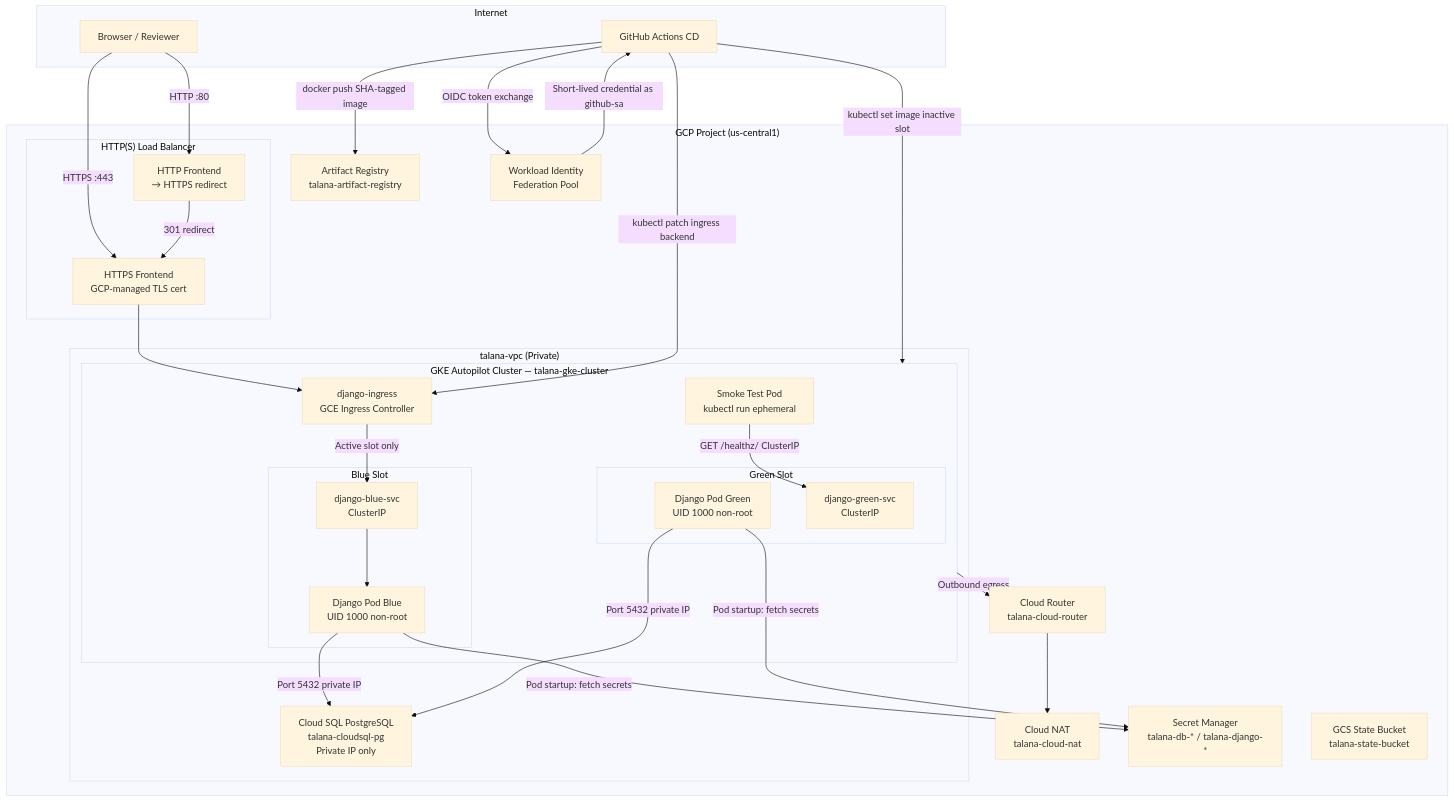
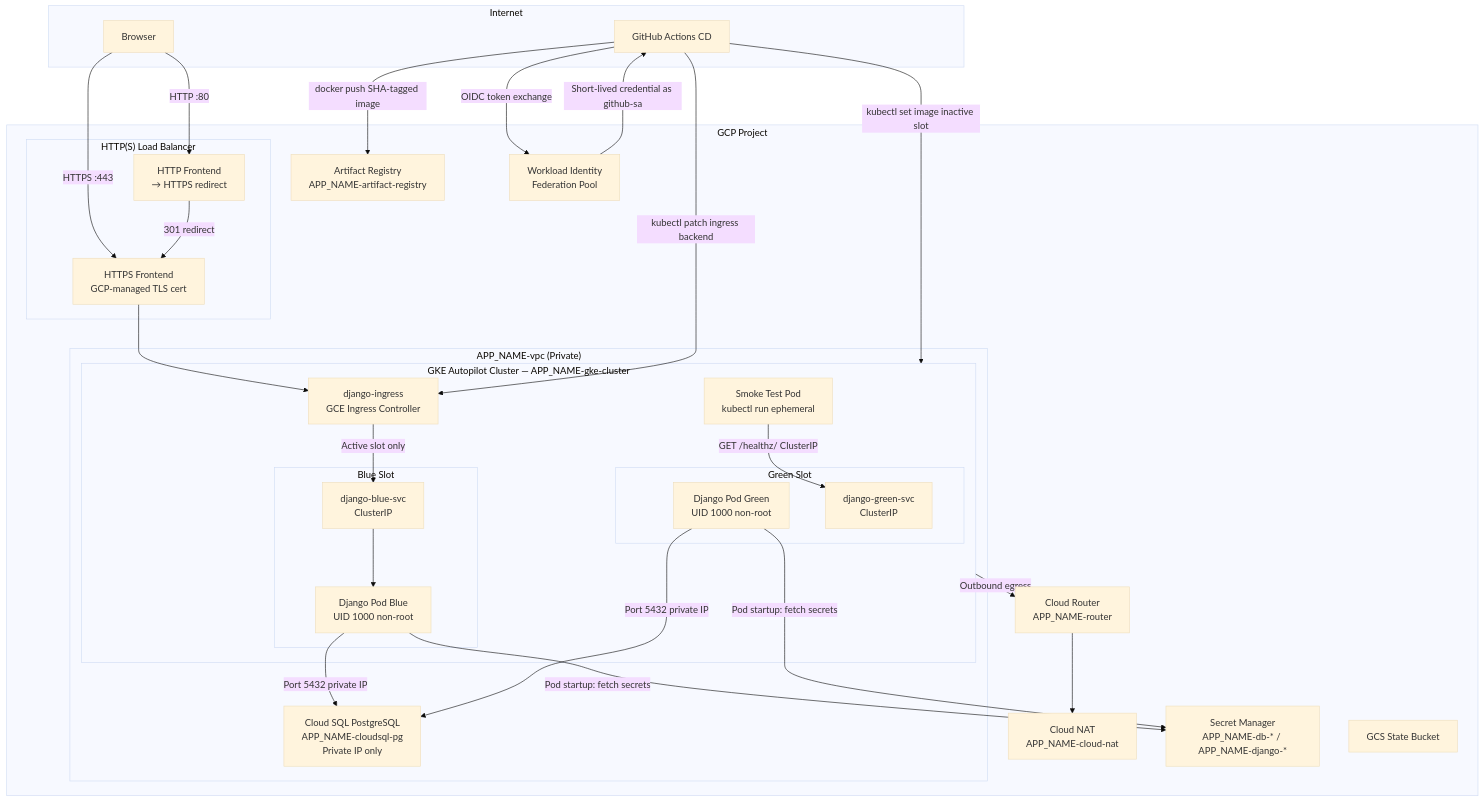
The diagram in docs/architecture.md (nacholar/talana), drawn with Mermaid (base theme) before and after one commit. The commit also changed other lines of this file and 49 other files, not shown here.

First line of the commit message:
refactor: make repo a generic GCP GKE Autopilot platform

````diff
--- a/docs/architecture.md
+++ b/docs/architecture.md
@@ -11,58 +13,58 @@
 ```mermaid
 graph TB
     subgraph Internet
-        Browser[Browser / Reviewer]
+        Browser[Browser]
         GHA[GitHub Actions CD]
     end
 
-    subgraph GCP["GCP Project (us-central1)"]
+    subgraph GCP["GCP Project"]
         subgraph LB["HTTP(S) Load Balancer"]
             LB_HTTPS[HTTPS Frontend<br/>GCP-managed TLS cert]
             LB_HTTP[HTTP Frontend<br/>→ HTTPS redirect]
         end
 
-        subgraph VPC["talana-vpc (Private)"]
-            subgraph GKE["GKE Autopilot Cluster — talana-gke-cluster"]
+        subgraph VPC["APP_NAME-vpc (Private)"]
+            subgraph GKE["GKE Autopilot Cluster — APP_NAME-gke-cluster"]
                 Ingress[django-ingress<br/>GCE Ingress Controller]
                 subgraph BlueSlot["Blue Slot"]
                     SvcBlue[django-blue-svc<br/>ClusterIP]
                     PodBlue[Django Pod Blue<br/>UID 1000 non-root]
                 end
                 subgraph GreenSlot["Green Slot"]
                     SvcGreen[django-green-svc<br/>ClusterIP]
                     PodGreen[Django Pod Green<br/>UID 1000 non-root]
                 end
                 SmokeTest[Smoke Test Pod<br/>kubectl run ephemeral]
             end
 
-            CloudSQL[Cloud SQL PostgreSQL<br/>talana-cloudsql-pg<br/>Private IP only]
+            CloudSQL[Cloud SQL PostgreSQL<br/>APP_NAME-cloudsql-pg<br/>Private IP only]
         end
 
-        NAT[Cloud NAT<br/>talana-cloud-nat]
-        CloudRouter[Cloud Router<br/>talana-cloud-router]
-        AR[Artifact Registry<br/>talana-artifact-registry]
-        SM[Secret Manager<br/>talana-db-* / talana-django-*]
+        NAT[Cloud NAT<br/>APP_NAME-cloud-nat]
+        CloudRouter[Cloud Router<br/>APP_NAME-router]
+        AR[Artifact Registry<br/>APP_NAME-artifact-registry]
+        SM[Secret Manager<br/>APP_NAME-db-* / APP_NAME-django-*]
         WIF[Workload Identity<br/>Federation Pool]
-        GCS[GCS State Bucket<br/>talana-state-bucket]
+        GCS[GCS State Bucket]
     end
 
     Browser -->|HTTPS :443| LB_HTTPS
     Browser -->|HTTP :80| LB_HTTP
     LB_HTTP -->|301 redirect| LB_HTTPS
     LB_HTTPS --> Ingress
     Ingress -->|Active slot only| SvcBlue
     SvcBlue --> PodBlue
     PodBlue -->|Port 5432 private IP| CloudSQL
     PodBlue -->|Pod startup: fetch secrets| SM
     PodGreen -->|Port 5432 private IP| CloudSQL
     PodGreen -->|Pod startup: fetch secrets| SM
     SmokeTest -->|GET /healthz/ ClusterIP| SvcGreen
 
     GHA -->|OIDC token exchange| WIF
     WIF -->|Short-lived credential as github-sa| GHA
     GHA -->|docker push SHA-tagged image| AR
     GHA -->|kubectl set image inactive slot| GKE
     GHA -->|kubectl patch ingress backend| Ingress
     GKE -->|Outbound egress| CloudRouter
     CloudRouter --> NAT
 ```
````
